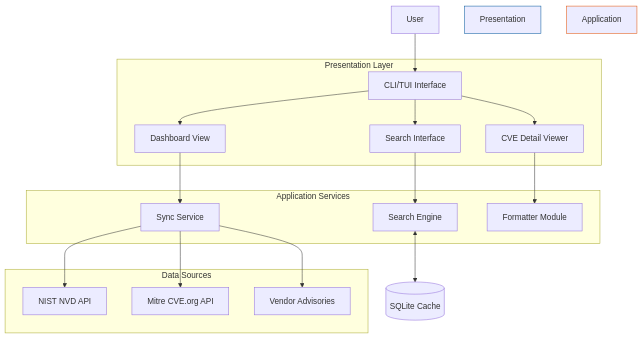
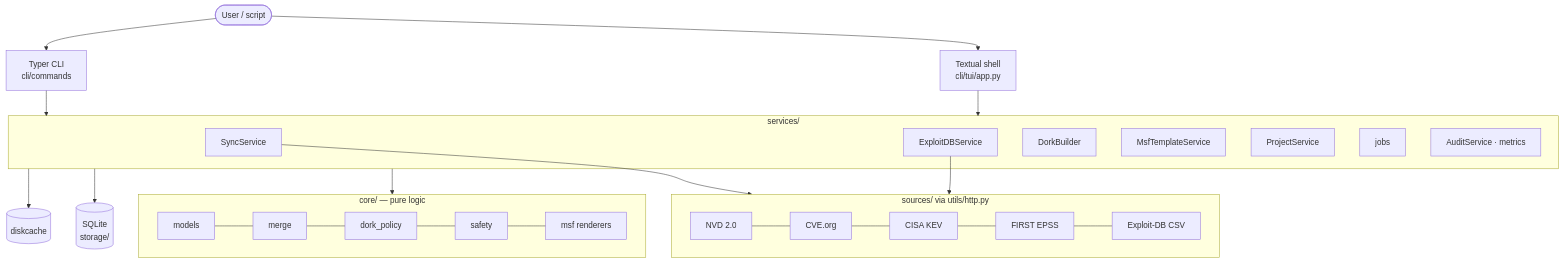
Before and after one commit to jeevansai-k/cveli: the diagram in docs/architecture.md, drawn with Mermaid. The commit also changed other lines of this file and 11 other files, not shown here.

````diff
--- a/docs/architecture.md
+++ b/docs/architecture.md
@@ -52,31 +8,27 @@
 ```mermaid
 graph TD
-    User[User] --> CLI[CLI/TUI Interface]
-    
-    subgraph "Presentation Layer"
-        CLI --> Dashboard[Dashboard View]
-        CLI --> Search[Search Interface]
-        CLI --> Details[CVE Detail Viewer]
+    User([User / script]) --> CLI[Typer CLI<br/>cli/commands]
+    User --> TUI[Textual shell<br/>cli/tui/app.py]
+    CLI --> Services
+    TUI --> Services
+    subgraph Services[services/]
+        Sync[SyncService]
+        EDB[ExploitDBService]
+        Dorks[DorkBuilder]
+        MSF[MsfTemplateService]
+        Proj[ProjectService]
+        Jobs[jobs]
+        Audit[AuditService · metrics]
     end
-    
-    subgraph "Application Services"
-        Dashboard --> SyncService[Sync Service]
-        Search --> SearchEngine[Search Engine]
-        Details --> Formatter[Formatter Module]
+    subgraph Core[core/ — pure logic]
+        Models[models] --- Merge[merge] --- Policy[dork_policy] --- Safety[safety] --- Render[msf renderers]
     end
-    
-    subgraph "Data Sources"
-        NVD[NIST NVD API]
-        CVE_org[Mitre CVE.org API]
-        Vendor[Vendor Advisories]
+    Services --> Core
+    Sync --> Sources
+    EDB --> Sources
+    subgraph Sources[sources/ via utils/http.py]
+        NVD[NVD 2.0] --- CVEORG[CVE.org] --- KEV[CISA KEV] --- EPSS[FIRST EPSS] --- EXDB[Exploit-DB CSV]
     end
-    
-    SyncService --> NVD
-    SyncService --> CVE_org
-    SyncService --> Vendor
-    
-    SearchEngine <--> LocalDB[(SQLite Cache)]
-    
-    style Presentation Layer fill:#e1f5fe,stroke:#01579b
-    style Application Services fill:#fff3e0,stroke:#e65100
+    Services --> Storage[(SQLite<br/>storage/)]
+    Services --> Cache[(diskcache)]
 ```
````
